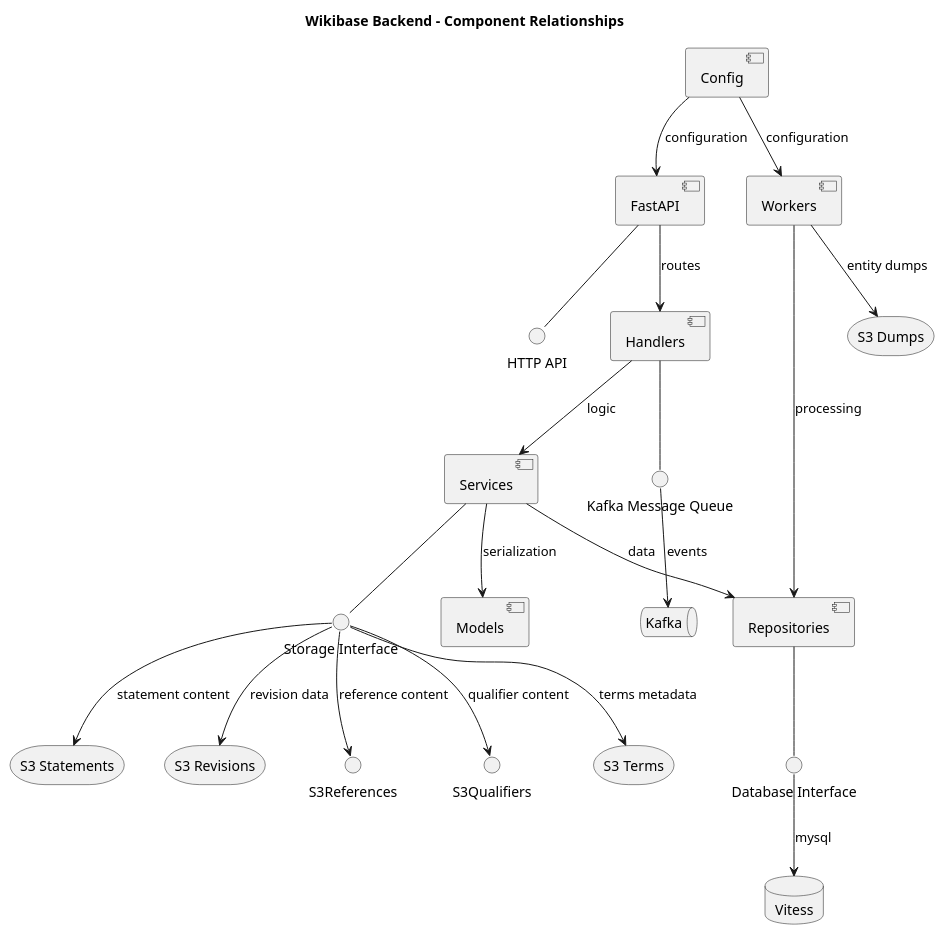
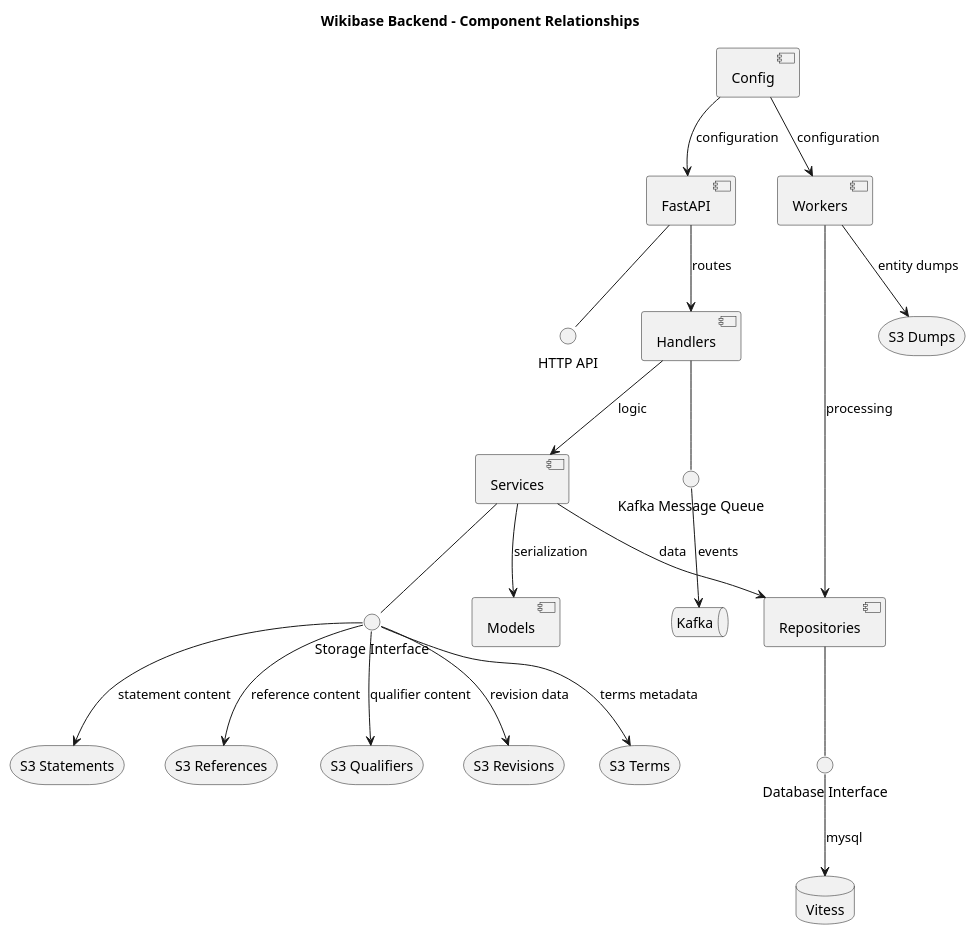
Before and after one commit to dpriskorn/entitybase-backend: the diagram in doc/DIAGRAMS/component_relationships.puml, drawn with PlantUML. The commit also changed 2 other files, not shown here.

Commit message:
Add missing S3References and S3Qualifiers to component relationships diagram

```diff
--- a/doc/DIAGRAMS/component_relationships.puml
+++ b/doc/DIAGRAMS/component_relationships.puml
@@ -1,49 +1,51 @@
 @startuml Component Relationships
 
 title Wikibase Backend - Component Relationships
 
 [FastAPI] as API
 [Handlers] as Handlers
 [Services] as Services
 [Workers] as Workers
 [Repositories] as Repos
 [Models] as Models
 database "Vitess" as Vitess
 storage "S3 Terms" as S3Terms
 storage "S3 Statements" as S3Statements
+storage "S3 References" as S3References
+storage "S3 Qualifiers" as S3Qualifiers
 storage "S3 Revisions" as S3Revisions
 storage "S3 Dumps" as S3Dumps
 queue "Kafka" as Kafka
 [Config] as Config
 
 () "HTTP API" as HTTP
 () "Database Interface" as DBI
 () "Storage Interface" as SI
 () "Kafka Message Queue" as MQ
 
 ' Architecture layers
 API --> Handlers : routes
 Handlers --> Services : logic
 Services --> Repos : data
 Workers --> Repos : processing
 Services --> Models : serialization
 
 ' External interfaces
 API -- HTTP
 Repos -- DBI
 Services -- SI
 Handlers -- MQ
 
 ' External systems
 DBI --> Vitess : mysql
 SI --> S3Terms : terms metadata
 SI --> S3Statements : statement content
 SI --> S3References : reference content
 SI --> S3Qualifiers : qualifier content
 SI --> S3Revisions : revision data
 Workers --> S3Dumps : entity dumps
 MQ --> Kafka : events
 Config --> API : configuration
 Config --> Workers : configuration
 
 @enduml
```
